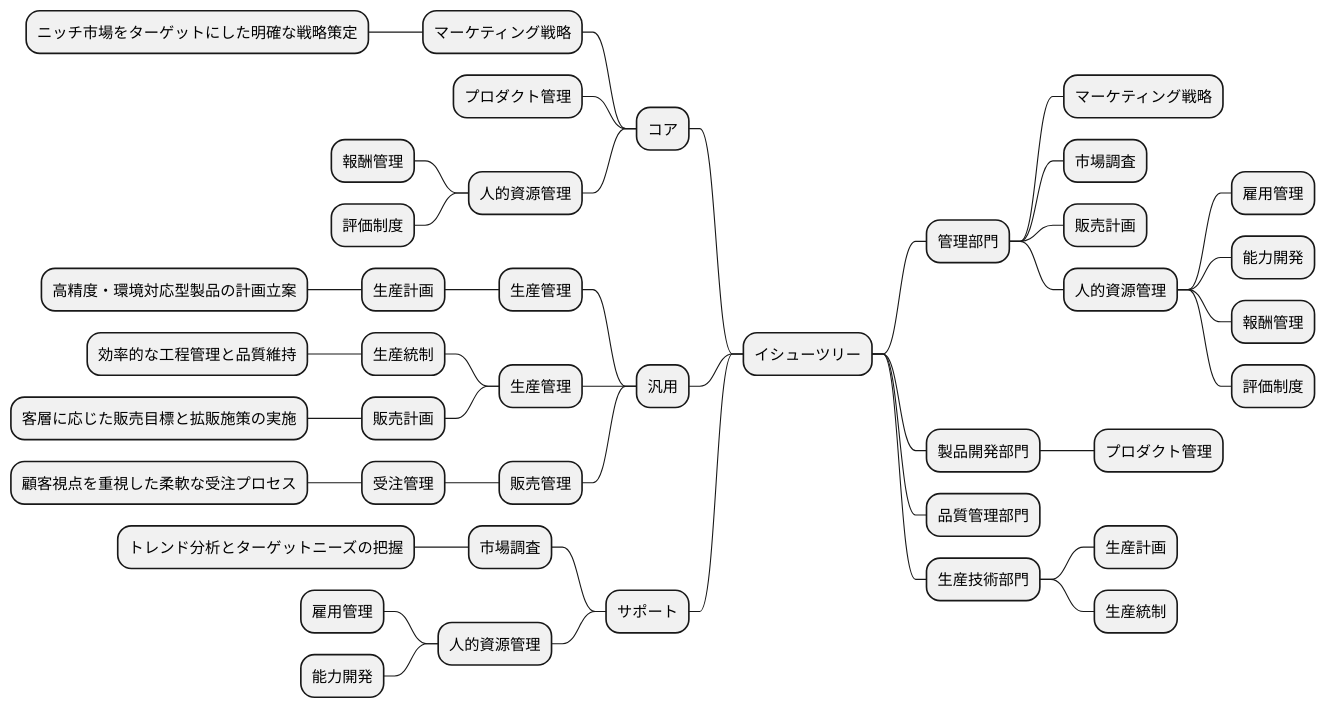
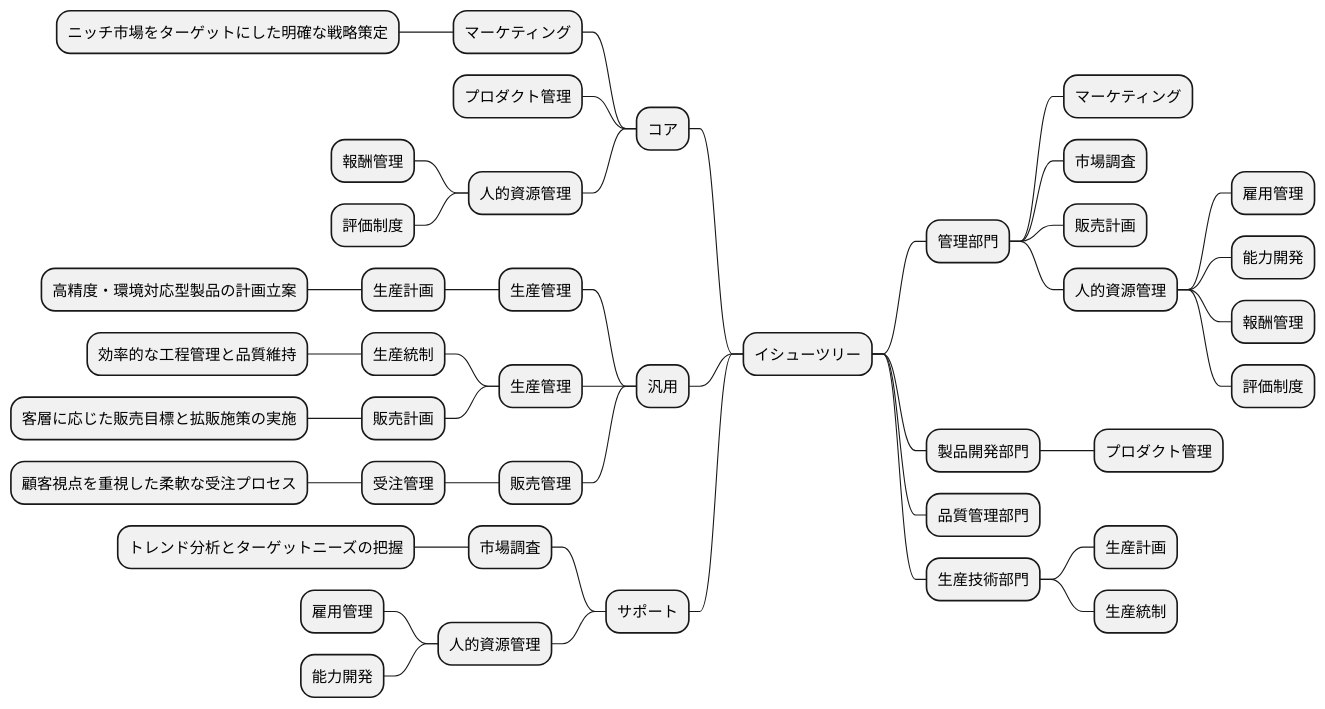
Diagram 15 of 19 in docs/case/h30_case_1.adoc (k2works/case-sutudy-business-analysis), drawn with PlantUML before and after one commit. The commit also changed other lines of this file, not shown here.

```diff
--- a/docs/case/h30_case_1.adoc
+++ b/docs/case/h30_case_1.adoc
@@ -568,49 +569,49 @@
 [plantuml]
 ----
 @startmindmap
 
 * イシューツリー
 ** 管理部門
-*** マーケティング戦略
+*** マーケティング
 *** 市場調査
 *** 販売計画
 *** 人的資源管理
 **** 雇用管理
 **** 能力開発
 **** 報酬管理
 **** 評価制度
 ** 製品開発部門
 *** プロダクト管理
 ** 品質管理部門
 ** 生産技術部門
 *** 生産計画
 *** 生産統制
 left side
 ** コア
-*** マーケティング戦略
+*** マーケティング
 **** ニッチ市場をターゲットにした明確な戦略策定
 *** プロダクト管理
 *** 人的資源管理
 **** 報酬管理
 **** 評価制度
 ** 汎用
 *** 生産管理
 **** 生産計画
 ***** 高精度・環境対応型製品の計画立案
 *** 生産管理
 **** 生産統制
 ***** 効率的な工程管理と品質維持
 **** 販売計画
 ***** 客層に応じた販売目標と拡販施策の実施
 *** 販売管理
 **** 受注管理
 ***** 顧客視点を重視した柔軟な受注プロセス
 ** サポート
 *** 市場調査
 **** トレンド分析とターゲットニーズの把握
 *** 人的資源管理
 **** 雇用管理
 **** 能力開発
 
 @endmindmap
 ----
```
